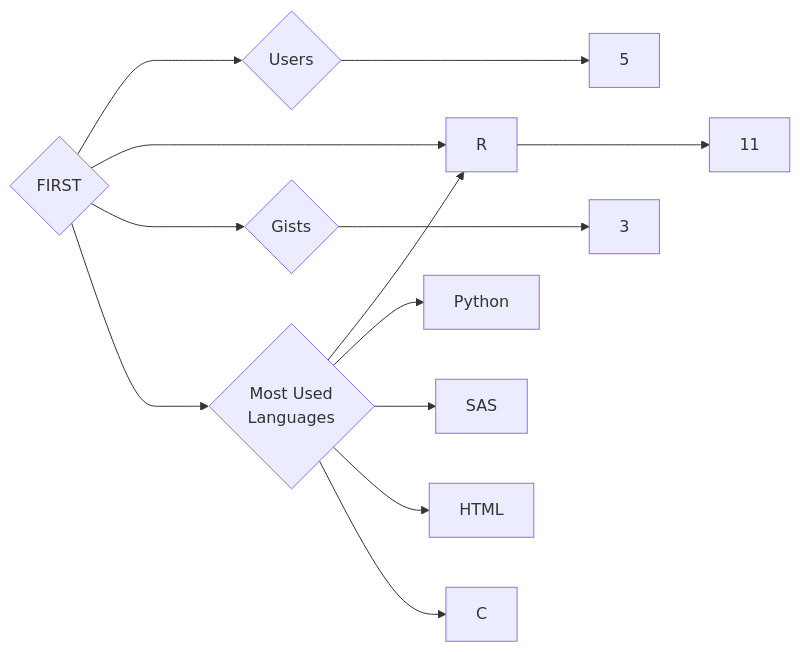
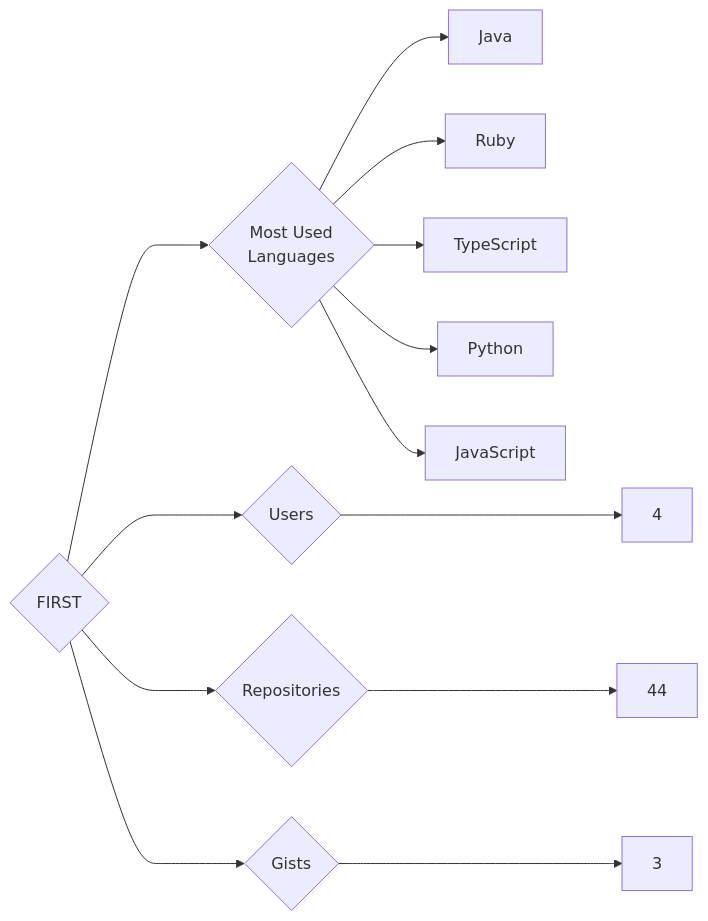
The diagram in targets/FIRST/README.md (trickest/insiders), drawn with Mermaid before and after one commit. The commit also changed 859 other files, not shown here.

````diff
--- a/targets/FIRST/README.md
+++ b/targets/FIRST/README.md
@@ -3,13 +3,13 @@
 ```mermaid
 graph LR
 COMPANY_NAME{FIRST}
-COMPANY_NAME ---> U{Users} ---> UN[5]
-COMPANY_NAME ---> R{Repositories} ---> RN[11]
+COMPANY_NAME ---> U{Users} ---> UN[4]
+COMPANY_NAME ---> R{Repositories} ---> RN[44]
 COMPANY_NAME ---> G{Gists} ---> GN[3]
 COMPANY_NAME ---> ML{Most Used<br>Languages}
-ML --> R[R]
+ML --> Java[Java]
+ML --> Ruby[Ruby]
+ML --> TypeScript[TypeScript]
 ML --> Python[Python]
-ML --> SAS[SAS]
-ML --> HTML[HTML]
-ML --> C[C]
+ML --> JavaScript[JavaScript]
 ```
````
